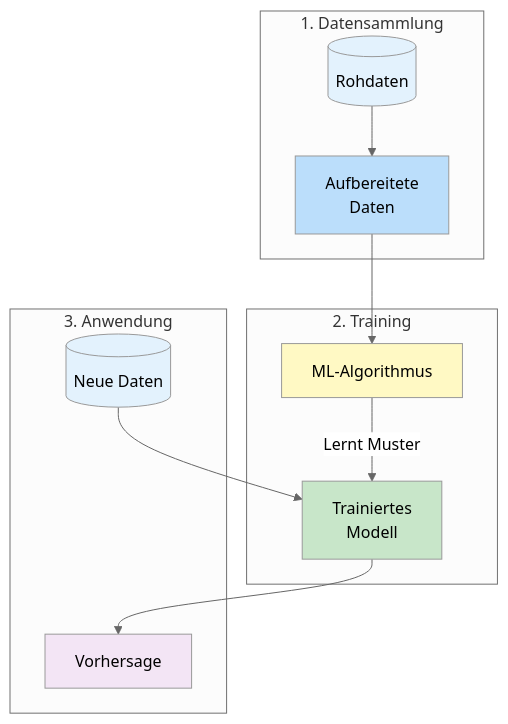
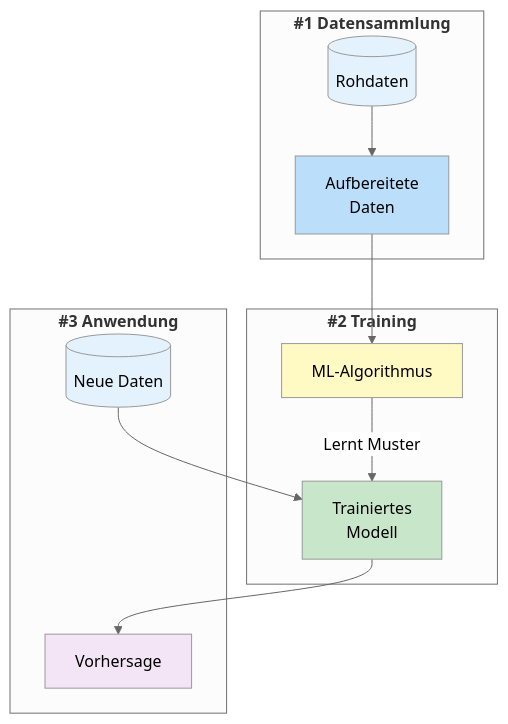
The third of 14 diagrams in docs/concepts/grundlagen/machine_learning_grundlagen.md (ralf-42/ML_Intro), drawn with Mermaid (neutral theme) before and after one commit. The commit also changed other lines of this file and 24 other files, not shown here.

````diff
--- a/docs/concepts/grundlagen/machine_learning_grundlagen.md
+++ b/docs/concepts/grundlagen/machine_learning_grundlagen.md
@@ -120,26 +120,26 @@
 ```mermaid
 flowchart TB
-    subgraph phase1["1. Datensammlung"]
+    subgraph phase1["<b>#1 Datensammlung</b>"]
         D1[("Rohdaten")]
         D2["Aufbereitete<br/>Daten"]
         D1 --> D2
     end
     
-    subgraph phase2["2. Training"]
+    subgraph phase2["<b>#2 Training"]
         D2 --> ALG["ML-Algorithmus"]
         ALG --> |"Lernt Muster"| MOD["Trainiertes<br/>Modell"]
     end
     
-    subgraph phase3["3. Anwendung"]
+    subgraph phase3["<b>#3 Anwendung"]
         NEW[("Neue Daten")]
         NEW --> MOD
         MOD --> PRED["Vorhersage"]
     end
     
     style D1 fill:#e3f2fd
     style D2 fill:#bbdefb
     style ALG fill:#fff9c4
     style MOD fill:#c8e6c9
     style NEW fill:#e3f2fd
     style PRED fill:#f3e5f5
 ```
````
